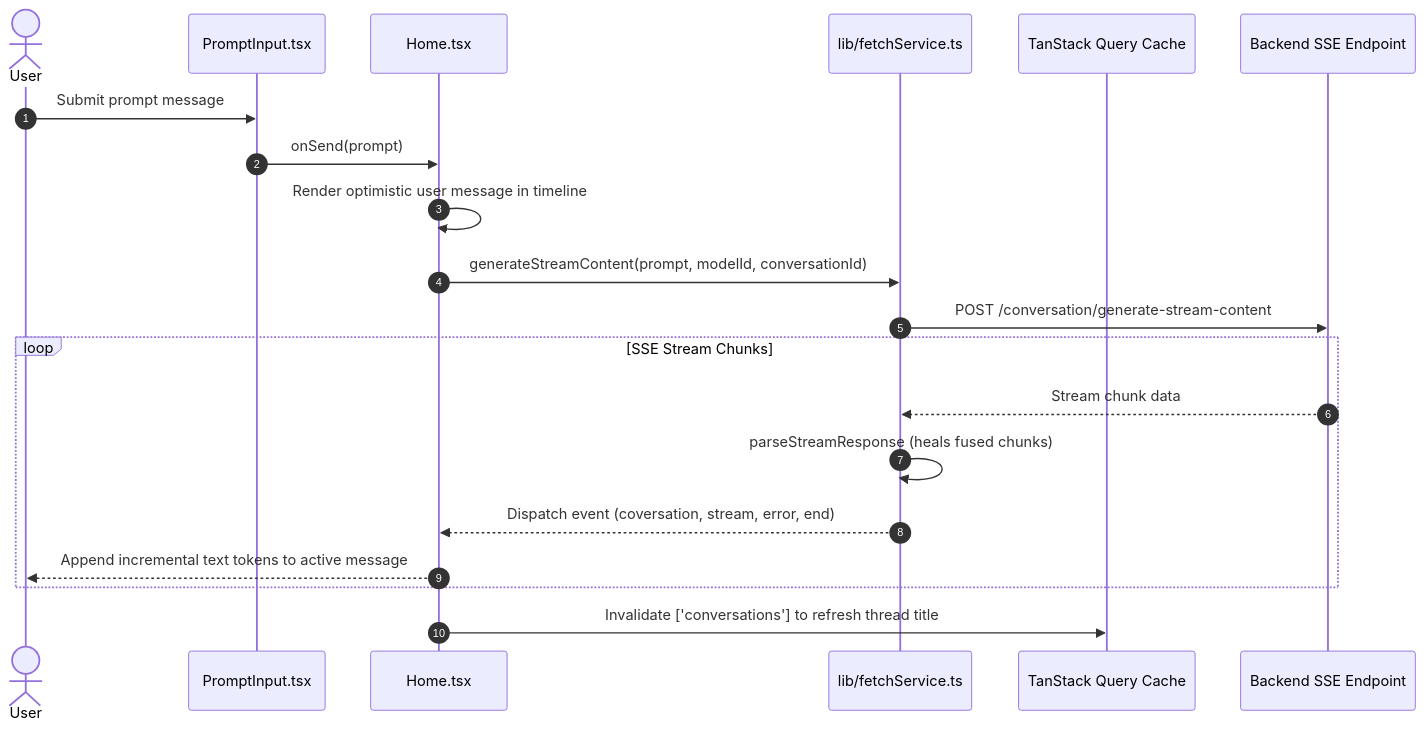
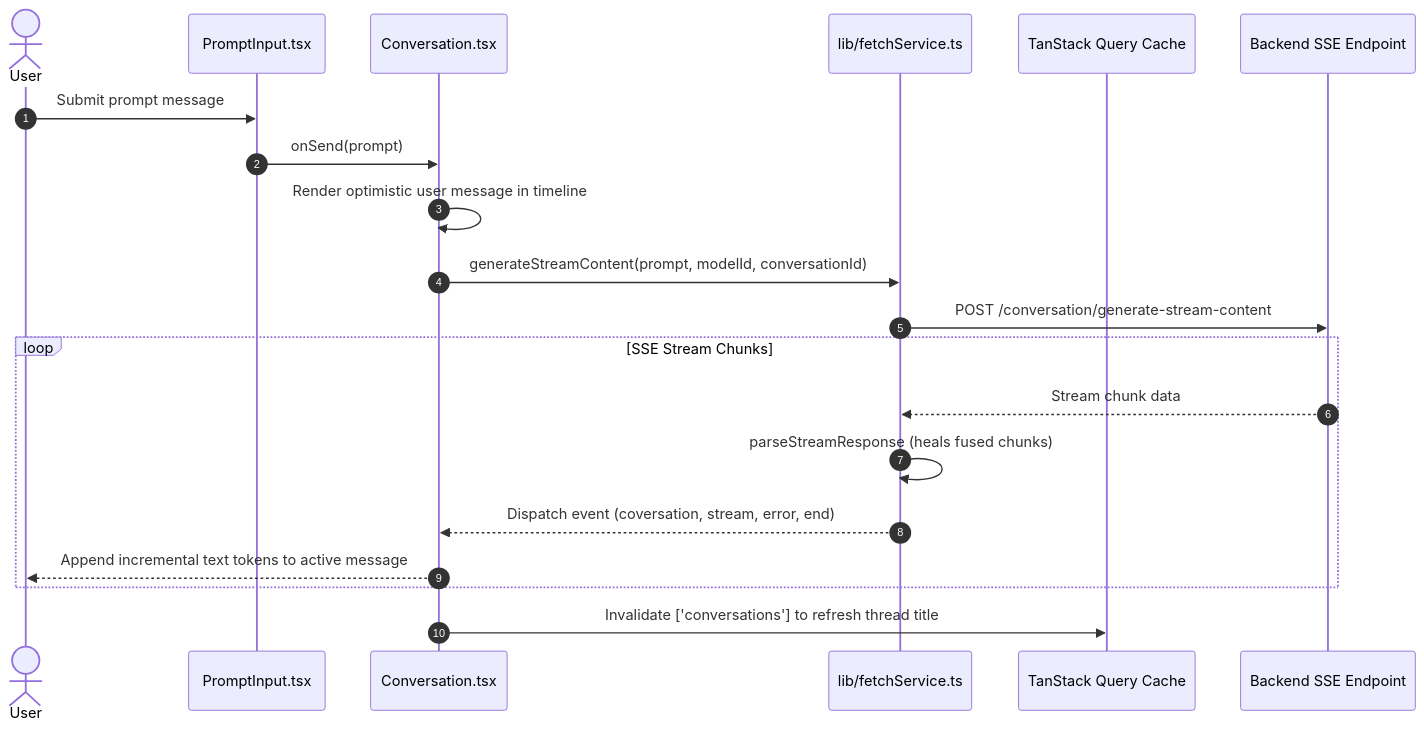
The diagram in .agents/skills/ai-agent-frontend/SKILL.md (mkk-karthi/ai-agent-frontend), drawn with Mermaid before and after one commit. The commit also changed other lines of this file and 37 other files, not shown here.

````diff
--- a/.agents/skills/ai-agent-frontend/SKILL.md
+++ b/.agents/skills/ai-agent-frontend/SKILL.md
@@ -86,23 +88,23 @@
 ```mermaid
 sequenceDiagram
     autonumber
     actor User as User
     participant Prompt as PromptInput.tsx
-    participant Home as Home.tsx
+    participant Conversation as Conversation.tsx
     participant FS as lib/fetchService.ts
     participant Cache as TanStack Query Cache
     participant API as Backend SSE Endpoint
 
     User->>Prompt: Submit prompt message
-    Prompt->>Home: onSend(prompt)
-    Home->>Home: Render optimistic user message in timeline
-    Home->>FS: generateStreamContent(prompt, modelId, conversationId)
+    Prompt->>Conversation: onSend(prompt)
+    Conversation->>Conversation: Render optimistic user message in timeline
+    Conversation->>FS: generateStreamContent(prompt, modelId, conversationId)
     FS->>API: POST /conversation/generate-stream-content
     loop SSE Stream Chunks
         API-->>FS: Stream chunk data
         FS->>FS: parseStreamResponse (heals fused chunks)
-        FS-->>Home: Dispatch event (coversation, stream, error, end)
-        Home-->>User: Append incremental text tokens to active message
+        FS-->>Conversation: Dispatch event (coversation, stream, error, end)
+        Conversation-->>User: Append incremental text tokens to active message
     end
-    Home->>Cache: Invalidate ['conversations'] to refresh thread title
+    Conversation->>Cache: Invalidate ['conversations'] to refresh thread title
 ```
````
